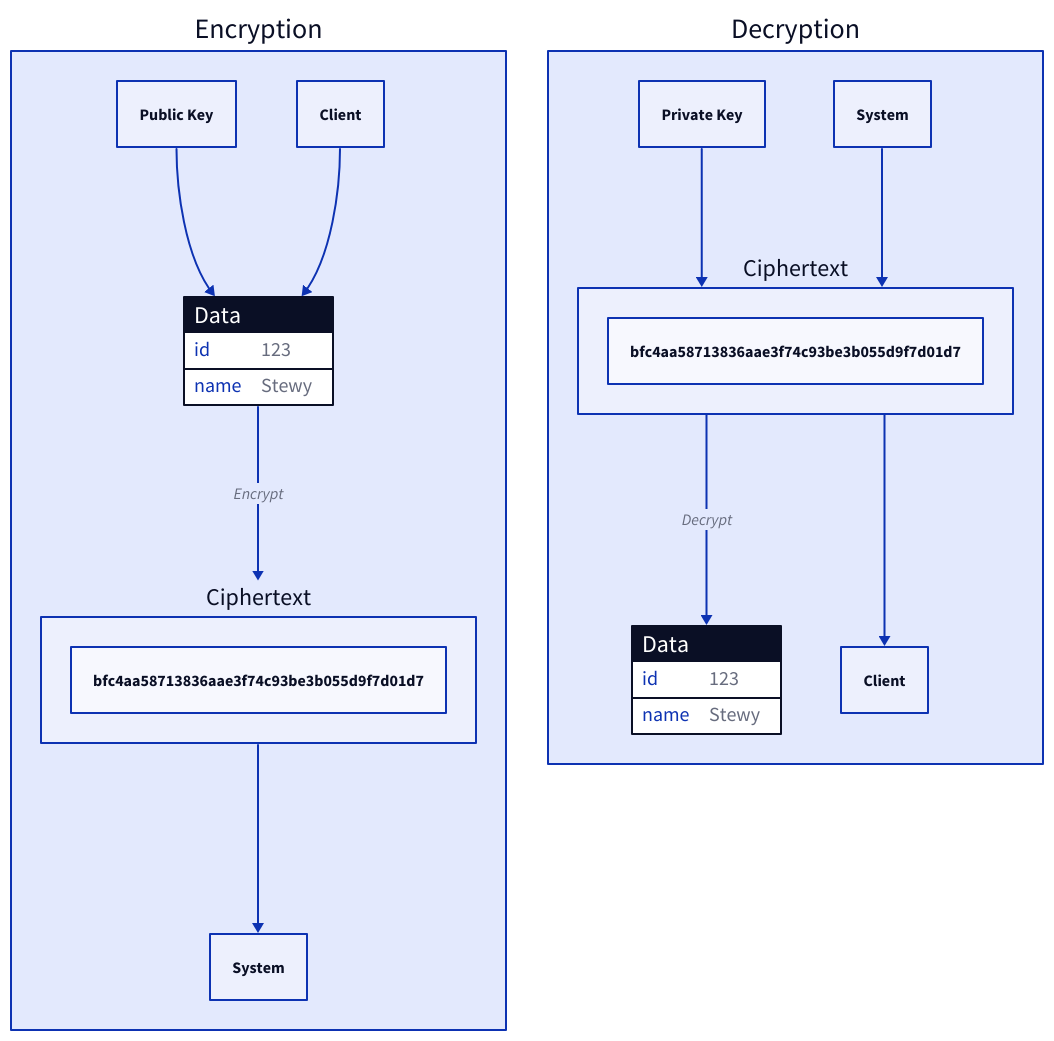
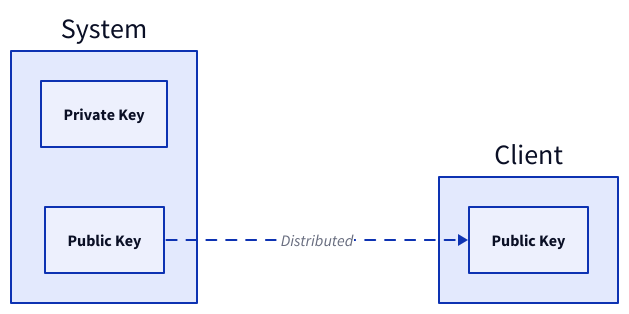
Before and after one commit to link1905/system-design-101: the sixth of 11 diagrams in content/docs/system-administration/system-protection/data-security.md, drawn with D2. The commit also changed other lines of this file and 4 other files, not shown here.

````diff
--- a/content/docs/system-administration/system-protection/data-security.md
+++ b/content/docs/system-administration/system-protection/data-security.md
@@ -396,61 +413,19 @@
 ```d2
-Encryption {
-  direction: right
-
-  pk: Public Key {
-    class: key
+direction: right
+s: System {
+  pri: Private Key {
+    class: pri-key
   }
-
-  d: Data {
-    shape: sql_table
-    id: "123"
-    name: "Stewy"
+  pub: Public Key {
+    class: pub-key
   }
-
-  client: Client {
-    class: client
+}
+c: Client {
+  pub: Public Key {
+    class: pub-key
   }
-
-  ed: Ciphertext {
-    bfc4aa58713836aae3f74c93be3b055d9f7d01d7
-  }
-
-  s: System {
-    class: server
-  }
-
-  pk -> d
-  client -> d
-  d -> ed: Encrypt
-  ed -> s
 }
-
-Decryption {
-  pk: Private Key {
-    class: key
-  }
-
-  d: Data {
-    shape: sql_table
-    id: "123"
-    name: "Stewy"
-  }
-
-  client: Client {
-    class: client
-  }
-
-  ed: Ciphertext {
-    bfc4aa58713836aae3f74c93be3b055d9f7d01d7
-  }
-
-  s: System {
-    class: server
-  }
-
-  pk -> ed
-  s -> ed
-  ed -> d: Decrypt
-  ed -> client
+s.pub -> c.pub: Distributed {
+  style.animated: true
 }
 ```
````
